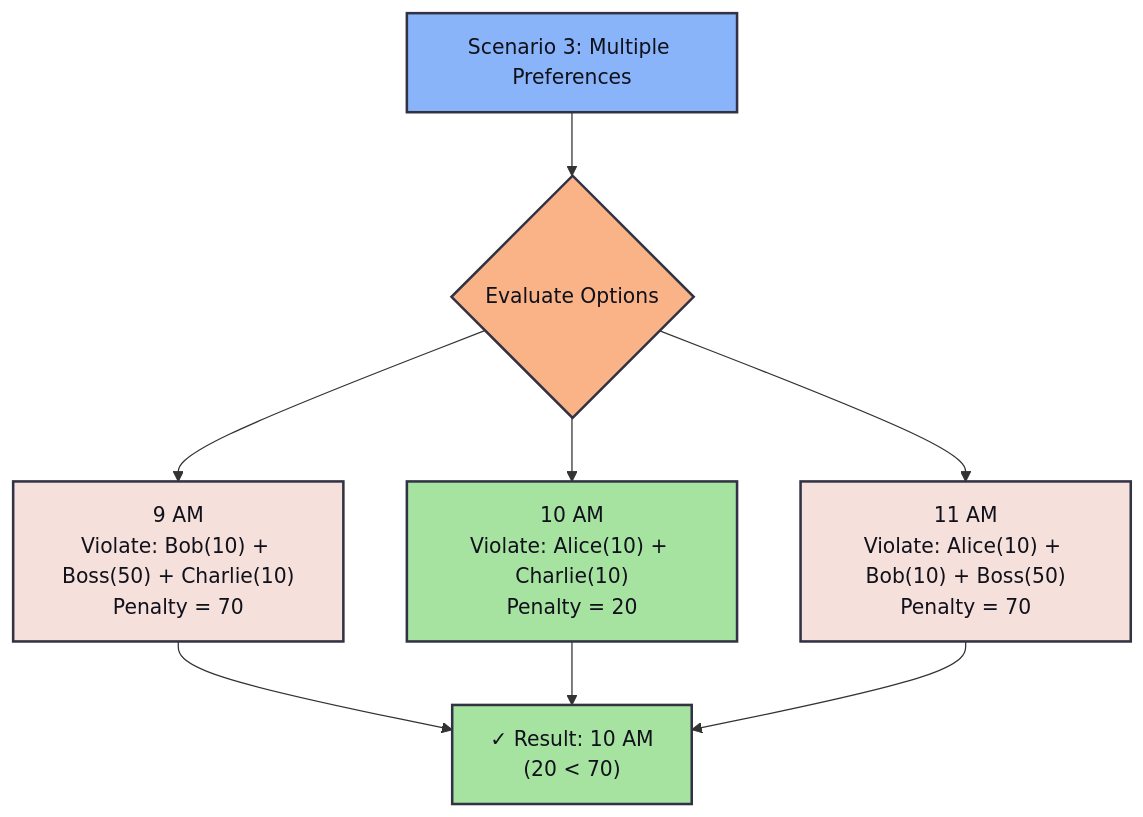
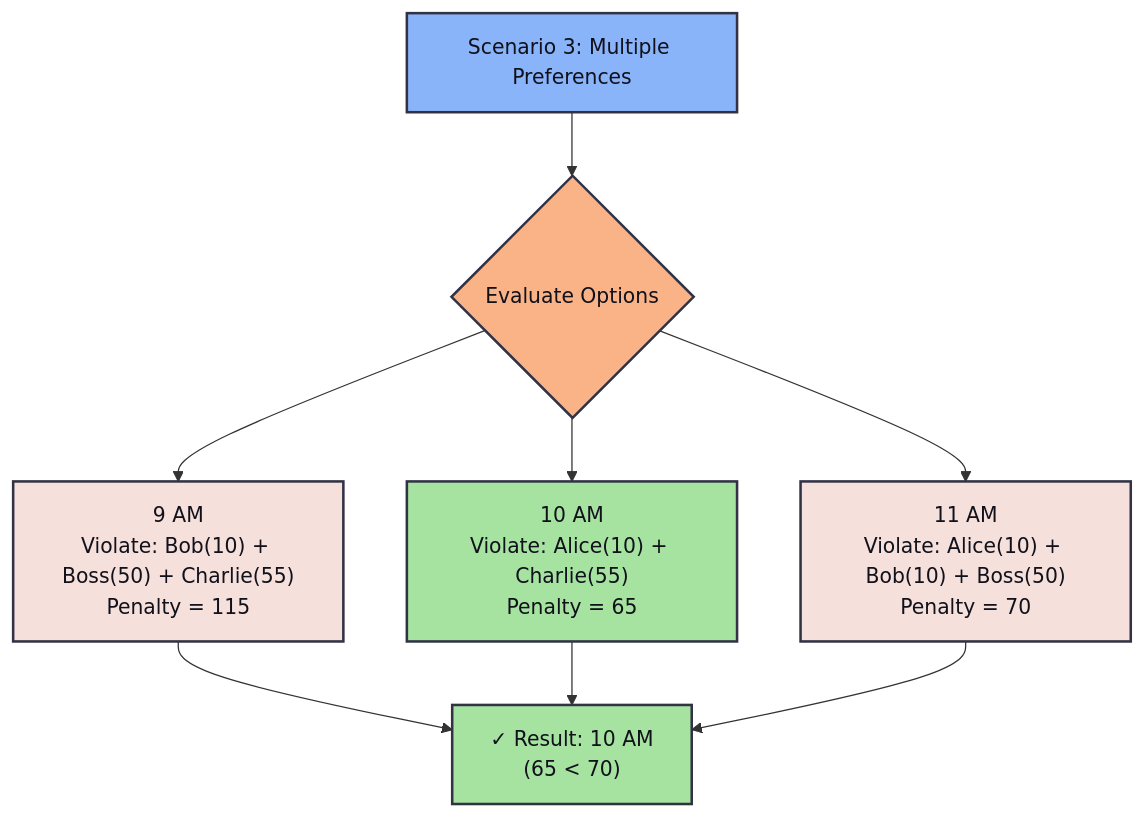
One commit to icub3d/z3-rs changed the third of 3 diagrams in part_03_optimizer/README.md. Above: the diagram before and after it, drawn with Mermaid. The commit also changed other lines of this file and 1 other file, not shown here.

Commit message:
fix soft constraints

````diff
--- a/part_03_optimizer/README.md
+++ b/part_03_optimizer/README.md
@@ -117,17 +117,17 @@
 ```mermaid
 flowchart TD
     classDef default fill:#f5e0dc,stroke:#313244,stroke-width:2px,color:#11111b
     classDef highlight fill:#a6e3a1,stroke:#313244,stroke-width:2px,color:#11111b
     classDef neutral fill:#89dceb,stroke:#313244,stroke-width:2px,color:#11111b
     classDef decision fill:#fab387,stroke:#313244,stroke-width:2px,color:#11111b
     classDef scenario fill:#89b4fa,stroke:#313244,stroke-width:2px,color:#11111b
 
     Scenario3[Scenario 3: Multiple Preferences]:::scenario
     Scenario3 --> S3_Options{Evaluate Options}:::decision
-    S3_Options --> S3_9AM["9 AM<br/>Violate: Bob(10) + Boss(50) + Charlie(10)<br/>Penalty = 70"]
-    S3_Options --> S3_10AM["10 AM<br/>Violate: Alice(10) + Charlie(10)<br/>Penalty = 20"]:::highlight
+    S3_Options --> S3_9AM["9 AM<br/>Violate: Bob(10) + Boss(50) + Charlie(55)<br/>Penalty = 115"]
+    S3_Options --> S3_10AM["10 AM<br/>Violate: Alice(10) + Charlie(55)<br/>Penalty = 65"]:::highlight
     S3_Options --> S3_11AM["11 AM<br/>Violate: Alice(10) + Bob(10) + Boss(50)<br/>Penalty = 70"]
-    S3_9AM --> S3_Result["✓ Result: 10 AM<br/>(20 < 70)"]:::highlight
+    S3_9AM --> S3_Result["✓ Result: 10 AM<br/>(65 < 70)"]:::highlight
     S3_10AM --> S3_Result
     S3_11AM --> S3_Result
 ```
````
